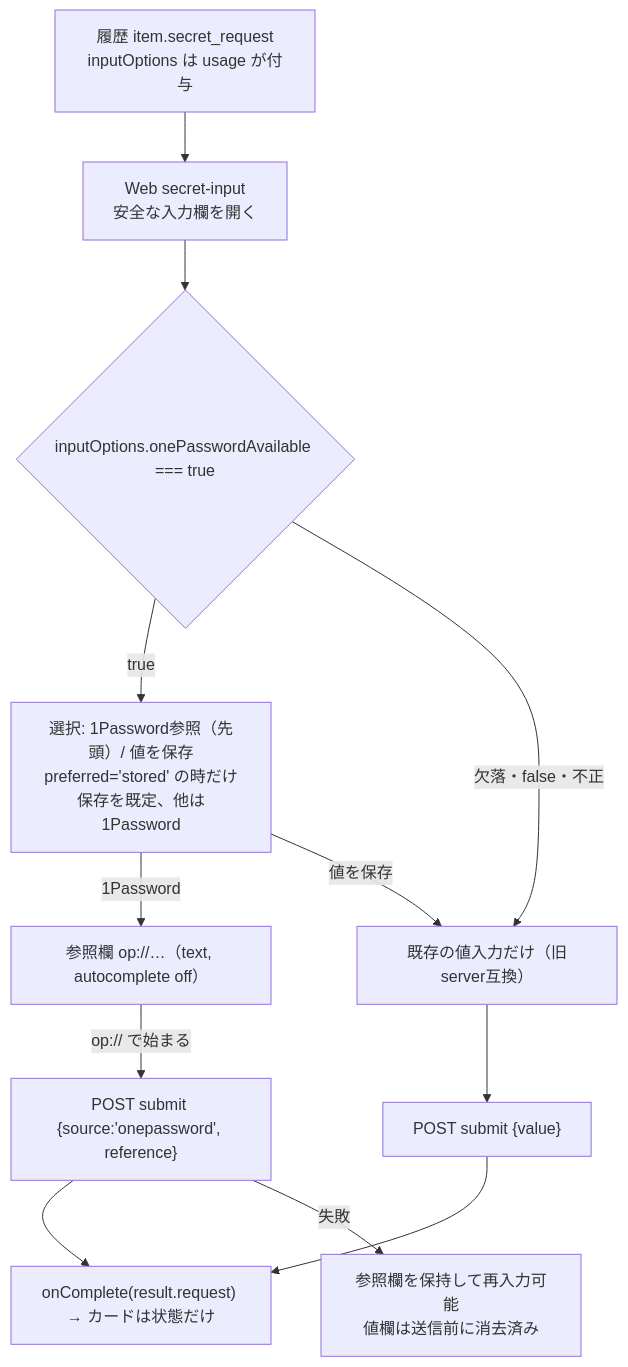
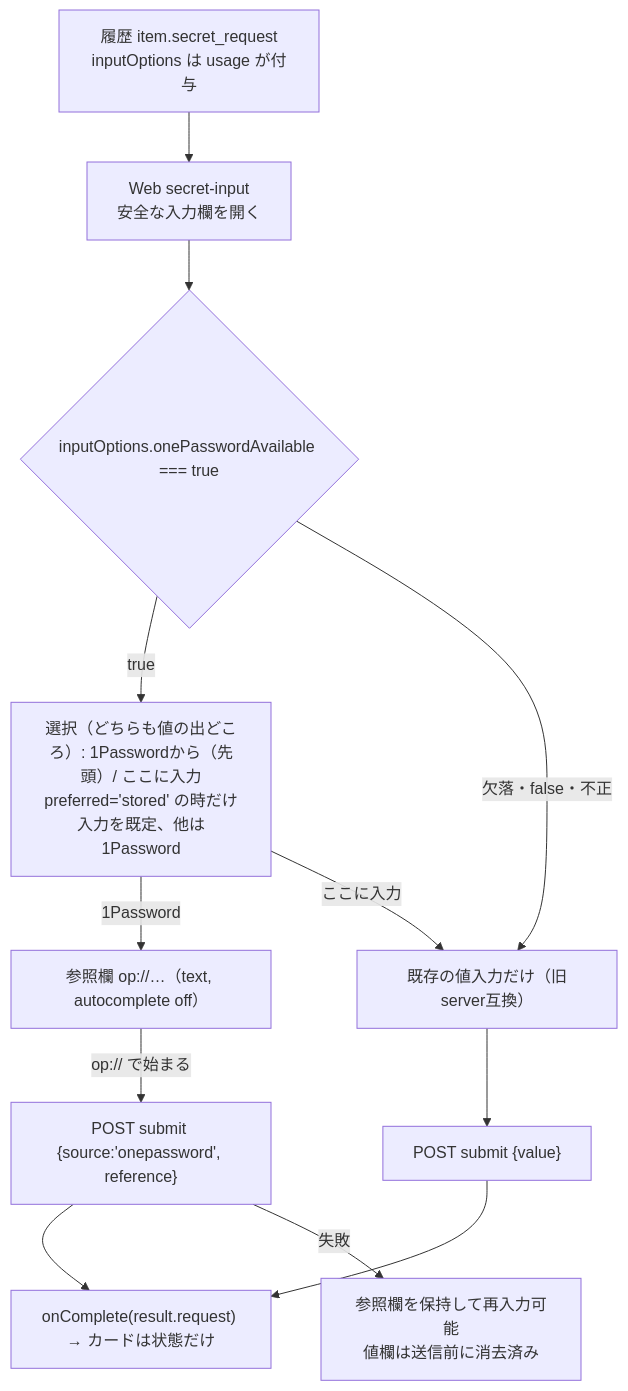
Before and after one commit to kitepon/BellTeam: the sixth of 10 diagrams in docs/architecture/modules/web/conversation.md, drawn with Mermaid. The commit also changed other lines of this file and 2 other files, not shown here.

Commit message:
web: secret card choices both name the value's source; one-time values never say saved
Owner 2026-11-11 (via Trony): 「1Passwordの参照を使う」 (a source) beside
「値をBellTeamへ保存する」 (a destination) had no symmetry, and a one-time login
code was offered 'save'. Choices are now 1Passwordから選ぶ/読み出す and
ここに入力する/貼り付ける; only the note says whether the value is kept. A
one-time value (terminal.login, or usage's oneTime) shows a one-time note and
「渡して続ける」.

````diff
--- a/docs/architecture/modules/web/conversation.md
+++ b/docs/architecture/modules/web/conversation.md
@@ -146,14 +146,14 @@
 ```mermaid
 flowchart TD
   Item["履歴 item.secret_request<br/>inputOptions は usage が付与"] --> Open["Web secret-input<br/>安全な入力欄を開く"]
   Open --> Avail{"inputOptions.onePasswordAvailable === true"}
-  Avail -->|"true"| Choice["選択: 1Password参照（先頭）/ 値を保存<br/>preferred='stored' の時だけ保存を既定、他は1Password"]
+  Avail -->|"true"| Choice["選択（どちらも値の出どころ）: 1Passwordから（先頭）/ ここに入力<br/>preferred='stored' の時だけ入力を既定、他は1Password"]
   Avail -->|"欠落・false・不正"| Stored["既存の値入力だけ（旧server互換）"]
   Choice -->|"1Password"| Ref["参照欄 op://…（text, autocomplete off）"]
-  Choice -->|"値を保存"| Stored
+  Choice -->|"ここに入力"| Stored
   Ref -->|"op:// で始まる"| PostRef["POST submit {source:'onepassword', reference}"]
   Stored --> PostVal["POST submit {value}"]
   PostRef --> Done["onComplete(result.request) → カードは状態だけ"]
   PostVal --> Done
   PostRef -->|"失敗"| Keep["参照欄を保持して再入力可能<br/>値欄は送信前に消去済み"]
 ```
````
